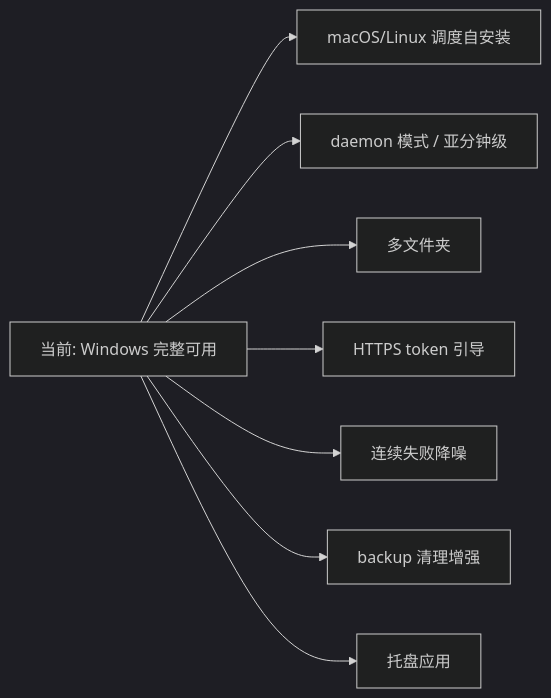
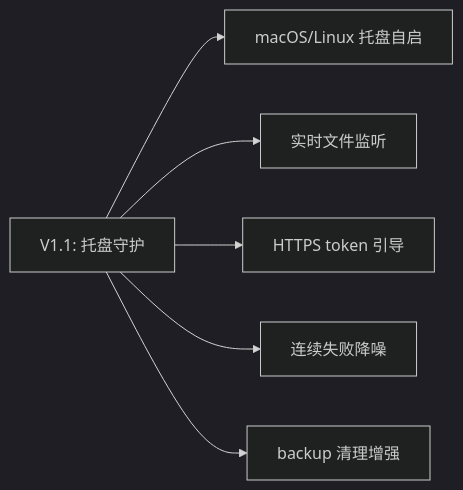
One commit to int2t05/AutoSync changed the diagram in docs/TODO.md. Above: the diagram before and after it, drawn with Mermaid (dark theme). The commit also changed other lines of this file and 7 other files, not shown here.

First line of the commit message:
docs: V1.1 托盘守护方向 — 更新 prd/tech/api/flow/TODO + 开发计划 plan

````diff
--- a/docs/TODO.md
+++ b/docs/TODO.md
@@ -18,10 +28,8 @@
 ```mermaid
 flowchart LR
-  NOW[当前: Windows 完整可用] --> A[macOS/Linux 调度自安装]
-  NOW --> B[daemon 模式 / 亚分钟级]
-  NOW --> C[多文件夹]
-  NOW --> D[HTTPS token 引导]
-  NOW --> E[连续失败降噪]
-  NOW --> F[backup 清理增强]
-  NOW --> G[托盘应用]
+  NOW[V1.1: 托盘守护] --> A[macOS/Linux 托盘自启]
+  NOW --> B[实时文件监听]
+  NOW --> C[HTTPS token 引导]
+  NOW --> D[连续失败降噪]
+  NOW --> E[backup 清理增强]
 ```
````
